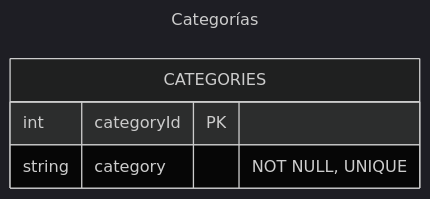
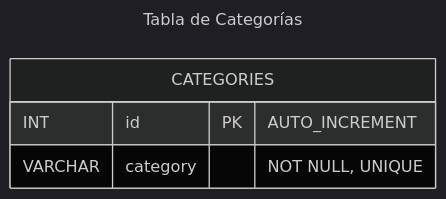
Diagram 25 of 30 in 4to-Cuatrimestre/fundamentos-base-datos/proyecto/proyecto.md (rosendocamal/homeworks), drawn with Mermaid (dark theme) before and after one commit. The commit also changed other lines of this file and 1 other file, not shown here.

````diff
--- a/4to-Cuatrimestre/fundamentos-base-datos/proyecto/proyecto.md
+++ b/4to-Cuatrimestre/fundamentos-base-datos/proyecto/proyecto.md
@@ -486,10 +486,10 @@
 ```mermaid
 ---
-title: Categorías
+title: Tabla de Categorías
 ---
 erDiagram
 	CATEGORIES {
-		int categoryId PK
-		string category	"NOT NULL, UNIQUE"
+		INT id PK "AUTO_INCREMENT"
+		VARCHAR category	"NOT NULL, UNIQUE"
 	}
 ```
````
